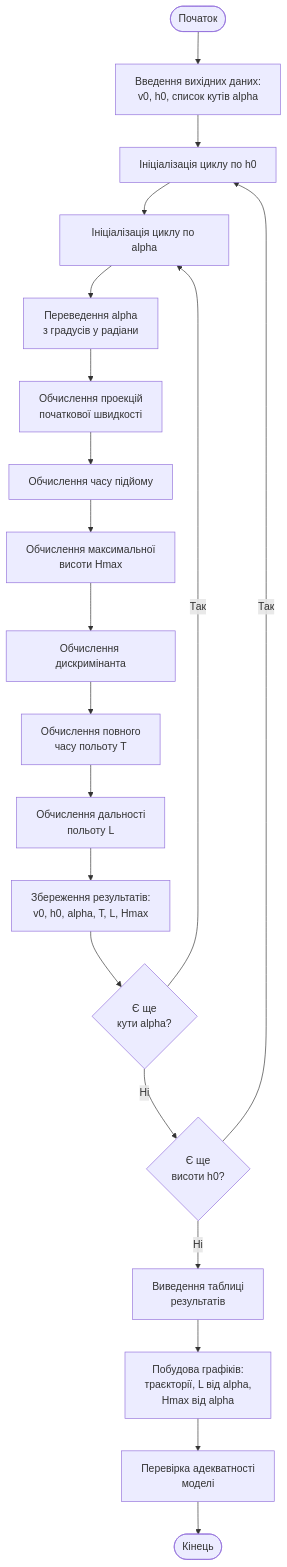
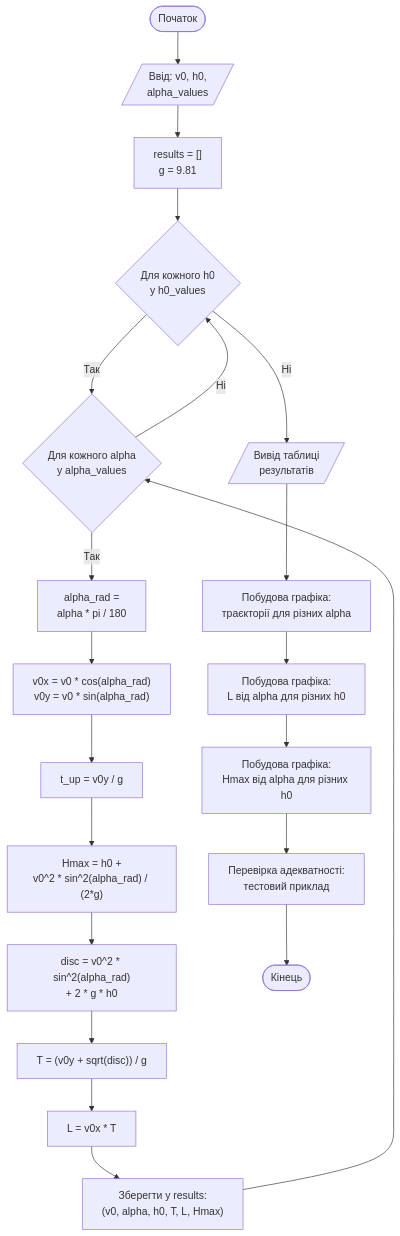
The diagram in README.md (LymmyBar/LabWork2-KMP), drawn with Mermaid before and after one commit. The commit also changed 1 other file, not shown here.

Commit message:
Update flowchart to DSTU standards with formulas and proper I/O blocks

````diff
--- a/README.md
+++ b/README.md
@@ -23,22 +23,23 @@
 ```mermaid
 flowchart TD
-    A([Початок]) --> B[Введення вихідних даних:<br/>v0, h0, список кутів alpha]
-    B --> C[Ініціалізація циклу по h0]
-    C --> D[Ініціалізація циклу по alpha]
-    D --> E[Переведення alpha<br/>з градусів у радіани]
-    E --> F[Обчислення проекцій<br/>початкової швидкості]
-    F --> G[Обчислення часу підйому]
-    G --> H[Обчислення максимальної<br/>висоти Hmax]
-    H --> I[Обчислення дискримінанта]
-    I --> J[Обчислення повного<br/>часу польоту T]
-    J --> K[Обчислення дальності<br/>польоту L]
-    K --> L[Збереження результатів:<br/>v0, h0, alpha, T, L, Hmax]
-    L --> M{Є ще<br/>кути alpha?}
-    M -->|Так| D
-    M -->|Ні| N{Є ще<br/>висоти h0?}
-    N -->|Так| C
-    N -->|Ні| O[Виведення таблиці<br/>результатів]
-    O --> P[Побудова графіків:<br/>траєкторії, L від alpha,<br/>Hmax від alpha]
-    P --> Q[Перевірка адекватності<br/>моделі]
-    Q --> R([Кінець])
+    Start([Початок]) --> Input[/Ввід: v0, h0,<br/>alpha_values/]
+    Input --> Init["results = []<br/>g = 9.81"]
+    Init --> LoopH0{"Для кожного h0<br/>у h0_values"}
+    LoopH0 -->|Так| LoopAlpha{"Для кожного alpha<br/>у alpha_values"}
+    LoopAlpha -->|Так| Convert["alpha_rad =<br/>alpha * pi / 180"]
+    Convert --> CalcV["v0x = v0 * cos(alpha_rad)<br/>v0y = v0 * sin(alpha_rad)"]
+    CalcV --> CalcTup["t_up = v0y / g"]
+    CalcTup --> CalcHmax["Hmax = h0 +<br/>v0^2 * sin^2(alpha_rad) / (2*g)"]
+    CalcHmax --> CalcDisc["disc = v0^2 * sin^2(alpha_rad)<br/>+ 2 * g * h0"]
+    CalcDisc --> CalcT["T = (v0y + sqrt(disc)) / g"]
+    CalcT --> CalcL["L = v0x * T"]
+    CalcL --> Save["Зберегти у results:<br/>(v0, alpha, h0, T, L, Hmax)"]
+    Save --> LoopAlpha
+    LoopAlpha -->|Ні| LoopH0
+    LoopH0 -->|Ні| Output[/Вивід таблиці<br/>результатів/]
+    Output --> Plot1["Побудова графіка:<br/>траєкторії для різних alpha"]
+    Plot1 --> Plot2["Побудова графіка:<br/>L від alpha для різних h0"]
+    Plot2 --> Plot3["Побудова графіка:<br/>Hmax від alpha для різних h0"]
+    Plot3 --> Check["Перевірка адекватності:<br/>тестовий приклад"]
+    Check --> End([Кінець])
 ```
````
